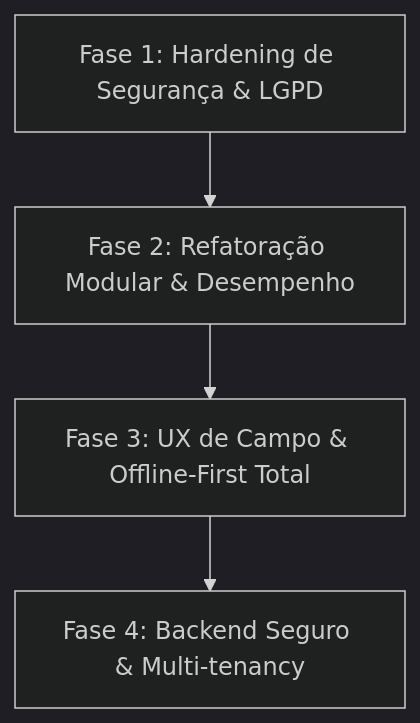
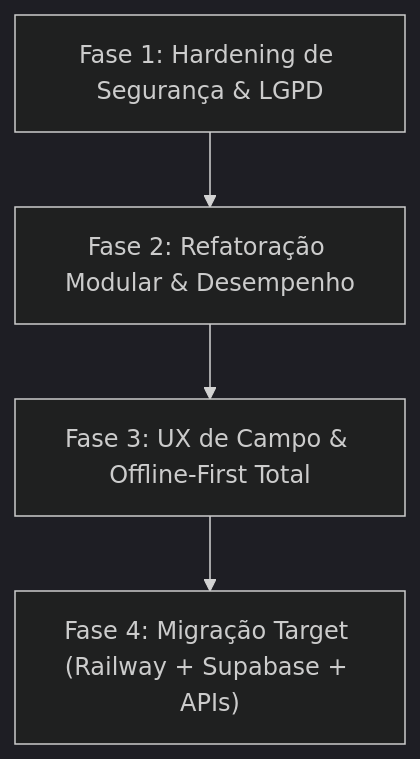
Before and after one commit to JoadsonRocha/Sistema-guia: the second of 2 diagrams in RELATORIO_ESTRATEGICO_NEXUS_AGUIA.md, drawn with Mermaid (dark theme). The commit also changed other lines of this file, not shown here.

````diff
--- a/RELATORIO_ESTRATEGICO_NEXUS_AGUIA.md
+++ b/RELATORIO_ESTRATEGICO_NEXUS_AGUIA.md
@@ -96,6 +194,6 @@
 ```mermaid
 graph TD
     A["Fase 1: Hardening de Segurança & LGPD"] --> B["Fase 2: Refatoração Modular & Desempenho"]
     B --> C["Fase 3: UX de Campo & Offline-First Total"]
-    C --> D["Fase 4: Backend Seguro & Multi-tenancy"]
+    C --> D["Fase 4: Migração Target (Railway + Supabase + APIs)"]
 ```
````
